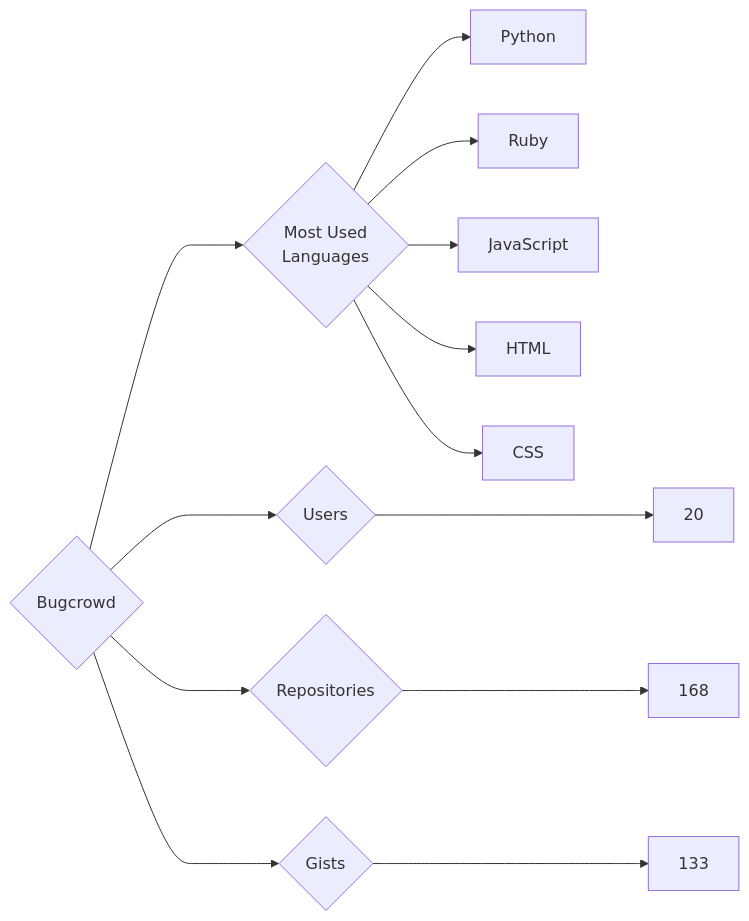
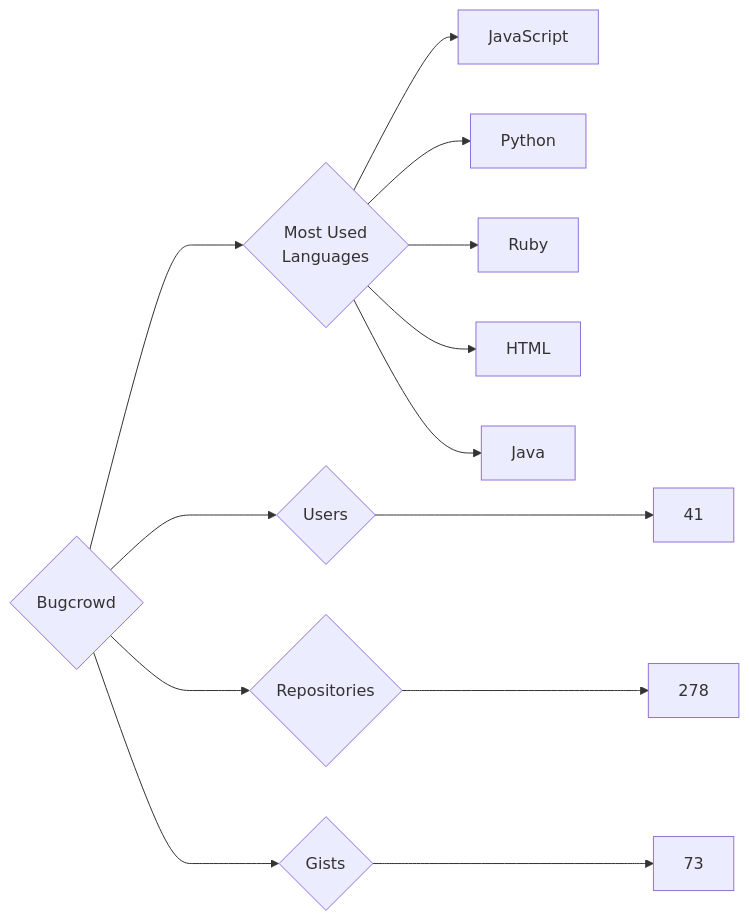
Before and after one commit to trickest/insiders: the diagram in targets/Bugcrowd/README.md, drawn with Mermaid. The commit also changed 965 other files, not shown here.

````diff
--- a/targets/Bugcrowd/README.md
+++ b/targets/Bugcrowd/README.md
@@ -3,13 +3,13 @@
 ```mermaid
 graph LR
 COMPANY_NAME{Bugcrowd}
-COMPANY_NAME ---> U{Users} ---> UN[20]
-COMPANY_NAME ---> R{Repositories} ---> RN[168]
-COMPANY_NAME ---> G{Gists} ---> GN[133]
+COMPANY_NAME ---> U{Users} ---> UN[41]
+COMPANY_NAME ---> R{Repositories} ---> RN[278]
+COMPANY_NAME ---> G{Gists} ---> GN[73]
 COMPANY_NAME ---> ML{Most Used<br>Languages}
+ML --> JavaScript[JavaScript]
 ML --> Python[Python]
 ML --> Ruby[Ruby]
-ML --> JavaScript[JavaScript]
 ML --> HTML[HTML]
-ML --> CSS[CSS]
+ML --> Java[Java]
 ```
````
